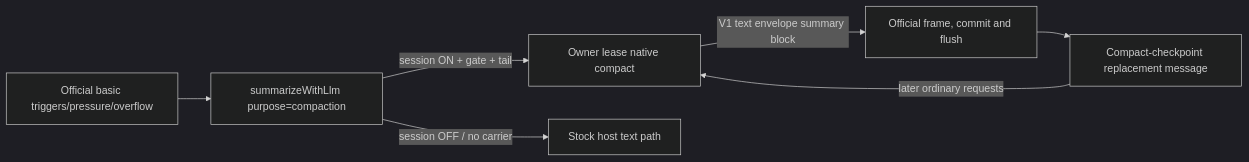
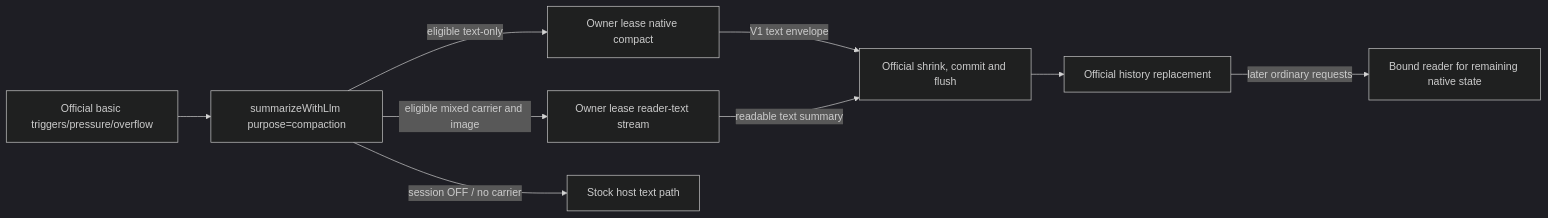
One commit to shaomingbo/dsh-codex-compaction changed the diagram in docs/ARCHITECTURE.md. Above: the diagram before and after it, drawn with Mermaid (dark theme). The commit also changed other lines of this file and 17 other files, not shown here.

Commit message:
Release 0.3.3 image replay and owner-bound mixed summaries

````diff
--- a/docs/ARCHITECTURE.md
+++ b/docs/ARCHITECTURE.md
@@ -47,9 +66,11 @@
 ```mermaid
 flowchart LR
   A["Official basic triggers/pressure/overflow"] --> B["summarizeWithLlm purpose=compaction"]
-  B -->|"session ON + gate + tail"| C["Owner lease native compact"]
+  B -->|"eligible text-only"| C["Owner lease native compact"]
+  B -->|"eligible mixed carrier and image"| G["Owner lease reader-text stream"]
   B -->|"session OFF / no carrier"| D["Stock host text path"]
-  C -->|"V1 text envelope summary block"| E["Official frame, commit and flush"]
-  E --> F["Compact-checkpoint replacement message"]
-  F -->|"later ordinary requests"| C
+  C -->|"V1 text envelope"| E["Official shrink, commit and flush"]
+  G -->|"readable text summary"| E
+  E --> F["Official history replacement"]
+  F -->|"later ordinary requests"| I["Bound reader for remaining native state"]
 ```
````
